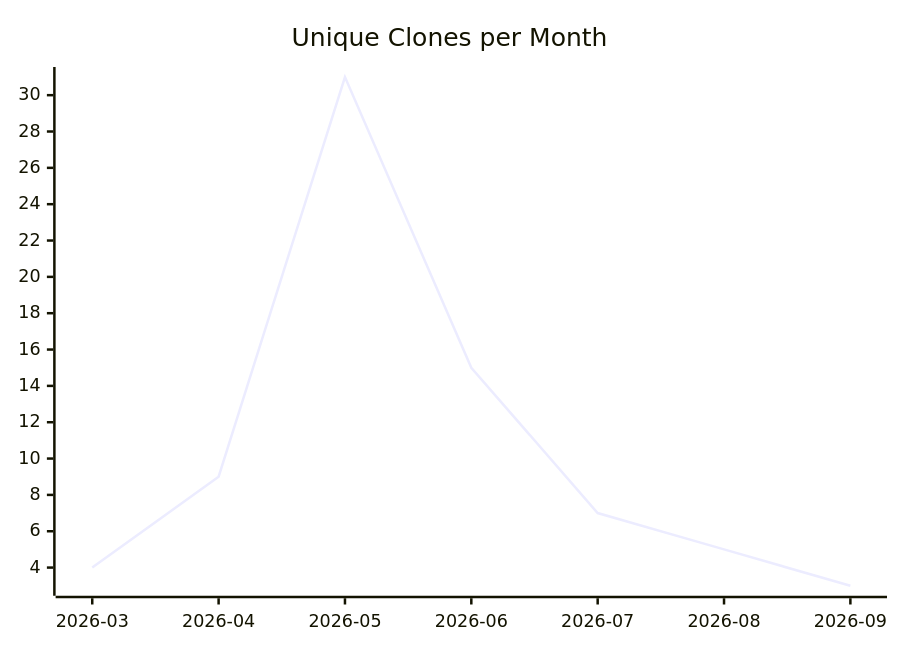
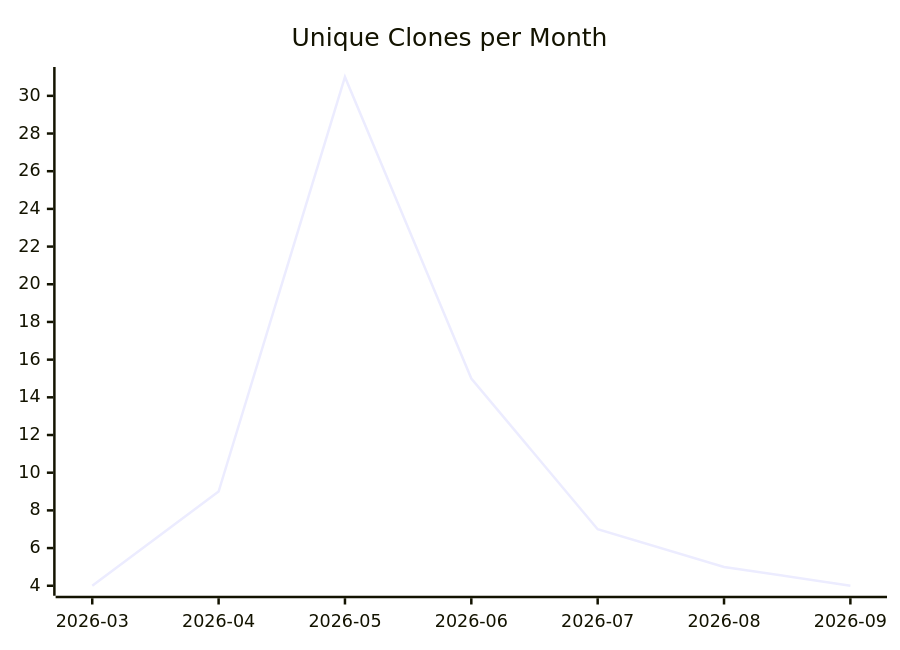
Before and after one commit to justdavis-family/github-analytics-data: the third of 3 diagrams in karlmdavis/ansible-role-rcm-dotfiles/README.md, drawn with Mermaid. The commit also changed other lines of this file and 185 other files, not shown here.

````diff
--- a/karlmdavis/ansible-role-rcm-dotfiles/README.md
+++ b/karlmdavis/ansible-role-rcm-dotfiles/README.md
@@ -19,6 +19,6 @@
 ```mermaid
 xychart-beta
   title "Unique Clones per Month"
   x-axis ["2026-03", "2026-04", "2026-05", "2026-06", "2026-07", "2026-08", "2026-09"]
-  line [4, 9, 31, 15, 7, 5, 3]
+  line [4, 9, 31, 15, 7, 5, 4]
 ```
````
